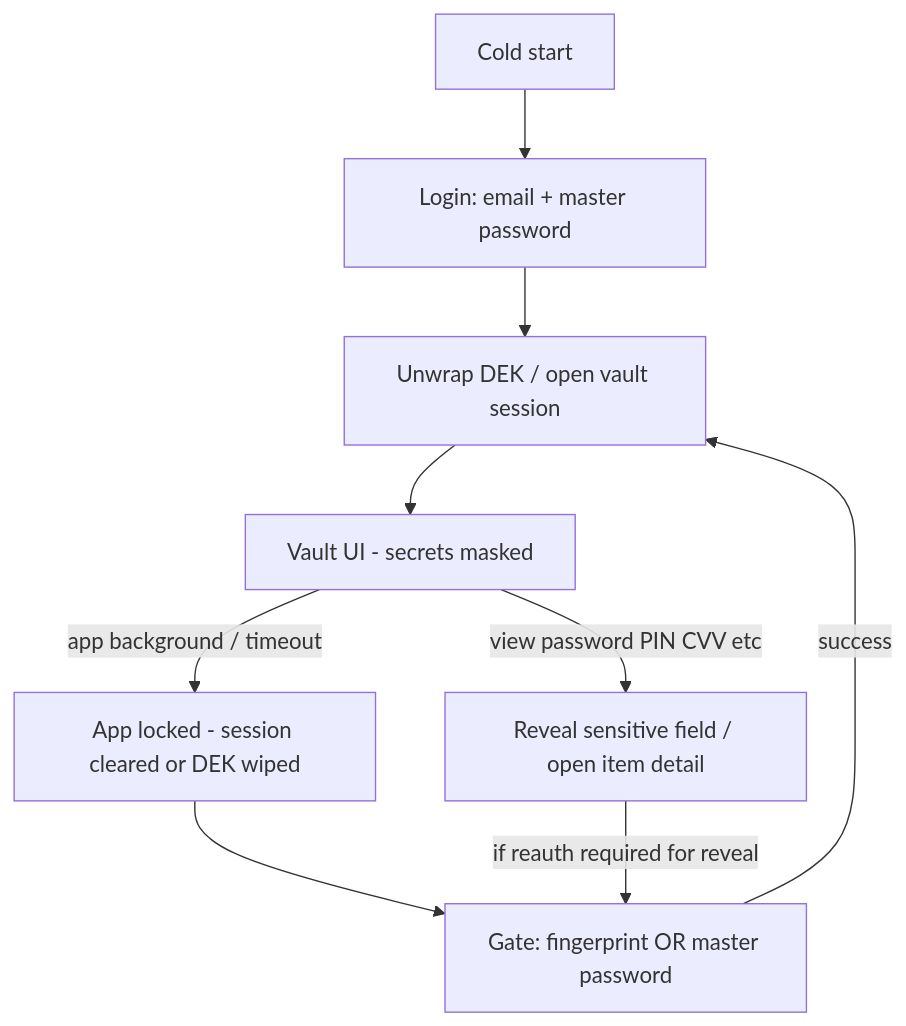
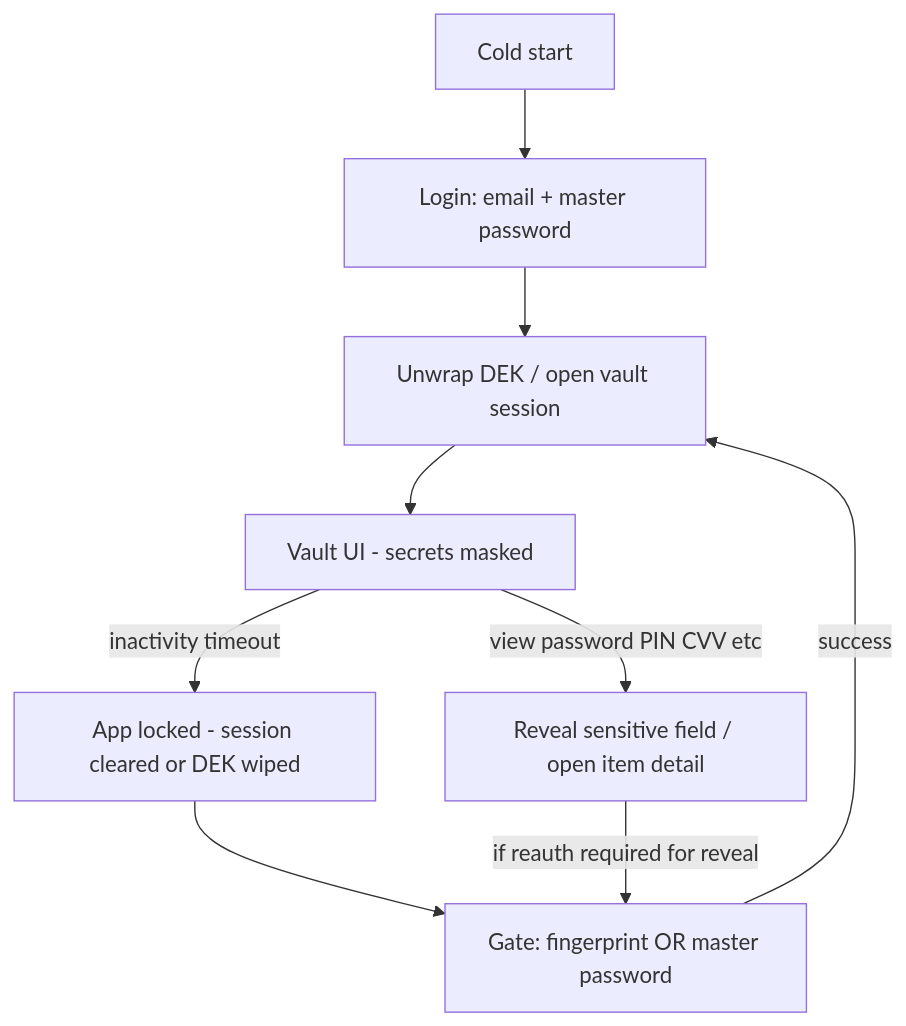
Before and after one commit to alvarule/nucleus: the second of 7 diagrams in .cursor/plans/nucleus_flutter_app_fe530d03.plan.md, drawn with Mermaid. The commit also changed other lines of this file and 72 other files, not shown here.

Commit message:
add: MFA tab with own app login MFA, vault item attachments, document item type, local/cloud sync

````diff
--- a/.cursor/plans/nucleus_flutter_app_fe530d03.plan.md
+++ b/.cursor/plans/nucleus_flutter_app_fe530d03.plan.md
@@ -275,18 +316,18 @@
 ```mermaid
 flowchart TD
   cold[Cold start]
   login[Login: email + master password]
   wrap[Unwrap DEK / open vault session]
   vaultUI[Vault UI - secrets masked]
   lock[App locked - session cleared or DEK wiped]
   gate[Gate: fingerprint OR master password]
   reveal[Reveal sensitive field / open item detail]
   cold --> login
   login --> wrap
   wrap --> vaultUI
-  vaultUI -->|app background / timeout| lock
+  vaultUI -->|inactivity timeout| lock
   lock --> gate
   gate -->|success| wrap
   vaultUI -->|view password PIN CVV etc| reveal
   reveal -->|if reauth required for reveal| gate
 ```
````
